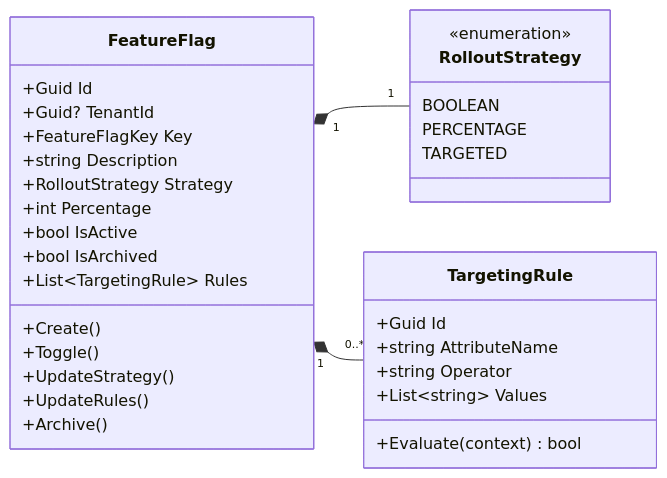
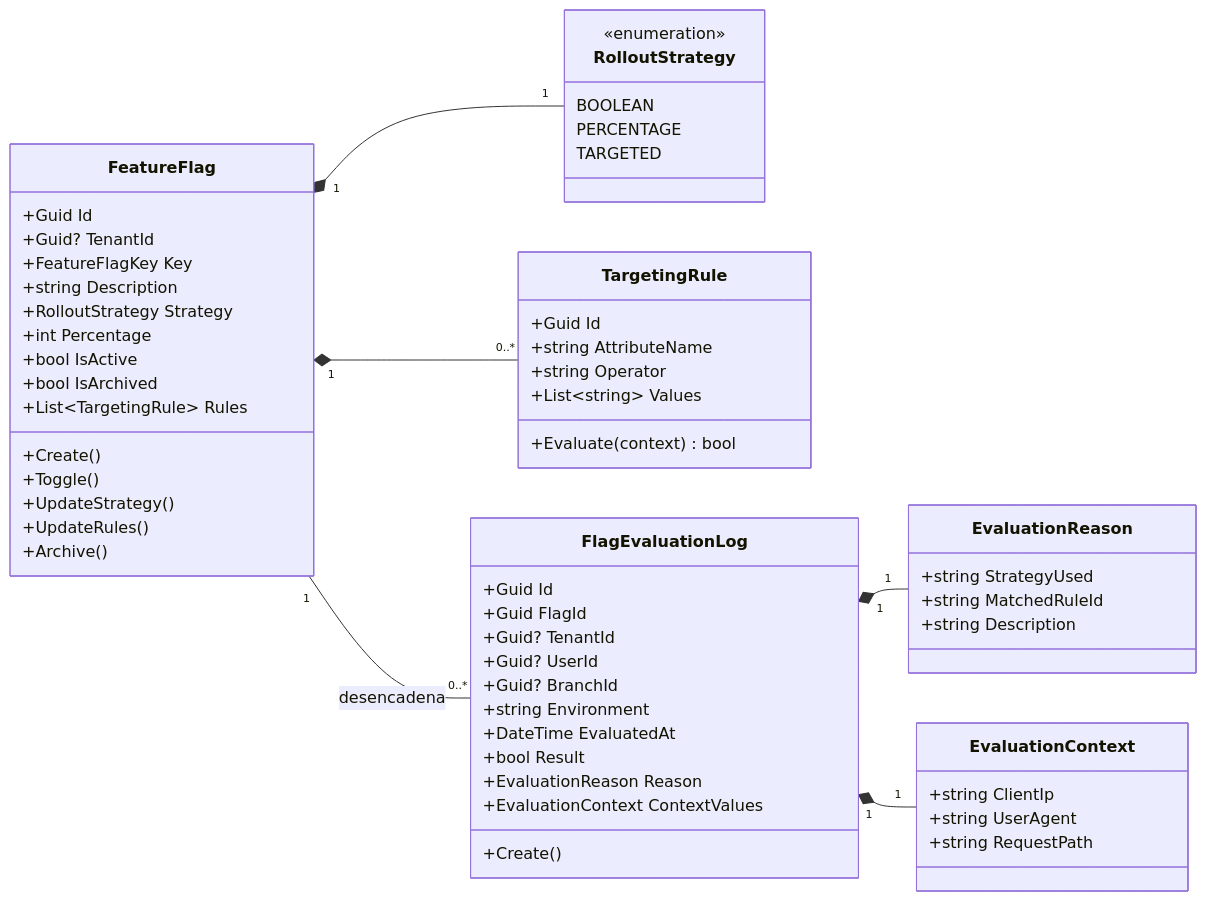
The first of 4 diagrams in docs/domain-es/configuration/feature-flag.md (beyondnetcode/ums), drawn with Mermaid before and after one commit. The commit also changed other lines of this file and 19 other files, not shown here.

````diff
--- a/docs/domain-es/configuration/feature-flag.md
+++ b/docs/domain-es/configuration/feature-flag.md
@@ -94,35 +122,61 @@
 ```mermaid
 classDiagram
     direction LR
     class FeatureFlag {
         +Guid Id
         +Guid? TenantId
         +FeatureFlagKey Key
         +string Description
         +RolloutStrategy Strategy
         +int Percentage
         +bool IsActive
         +bool IsArchived
         +List~TargetingRule~ Rules
         +Create()
         +Toggle()
         +UpdateStrategy()
         +UpdateRules()
         +Archive()
     }
     class RolloutStrategy {
         <<enumeration>>
         BOOLEAN
         PERCENTAGE
         TARGETED
     }
     class TargetingRule {
         +Guid Id
         +string AttributeName
         +string Operator
         +List~string~ Values
         +Evaluate(context) bool
     }
+    class FlagEvaluationLog {
+        +Guid Id
+        +Guid FlagId
+        +Guid? TenantId
+        +Guid? UserId
+        +Guid? BranchId
+        +string Environment
+        +DateTime EvaluatedAt
+        +bool Result
+        +EvaluationReason Reason
+        +EvaluationContext ContextValues
+        +Create()
+    }
+    class EvaluationReason {
+        +string StrategyUsed
+        +string MatchedRuleId
+        +string Description
+    }
+    class EvaluationContext {
+        +string ClientIp
+        +string UserAgent
+        +string RequestPath
+    }
     FeatureFlag "1" *-- "1" RolloutStrategy
     FeatureFlag "1" *-- "0..*" TargetingRule
+    FeatureFlag "1" -- "0..*" FlagEvaluationLog : desencadena
+    FlagEvaluationLog "1" *-- "1" EvaluationReason
+    FlagEvaluationLog "1" *-- "1" EvaluationContext
 ```
````
